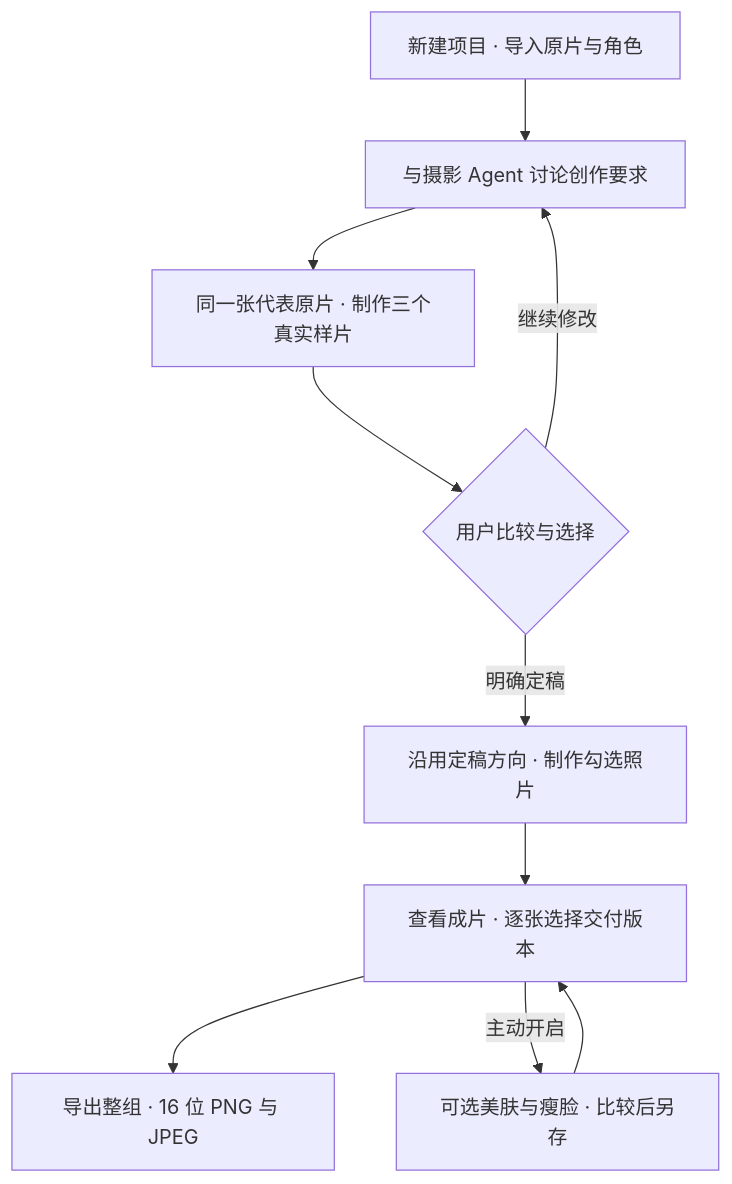
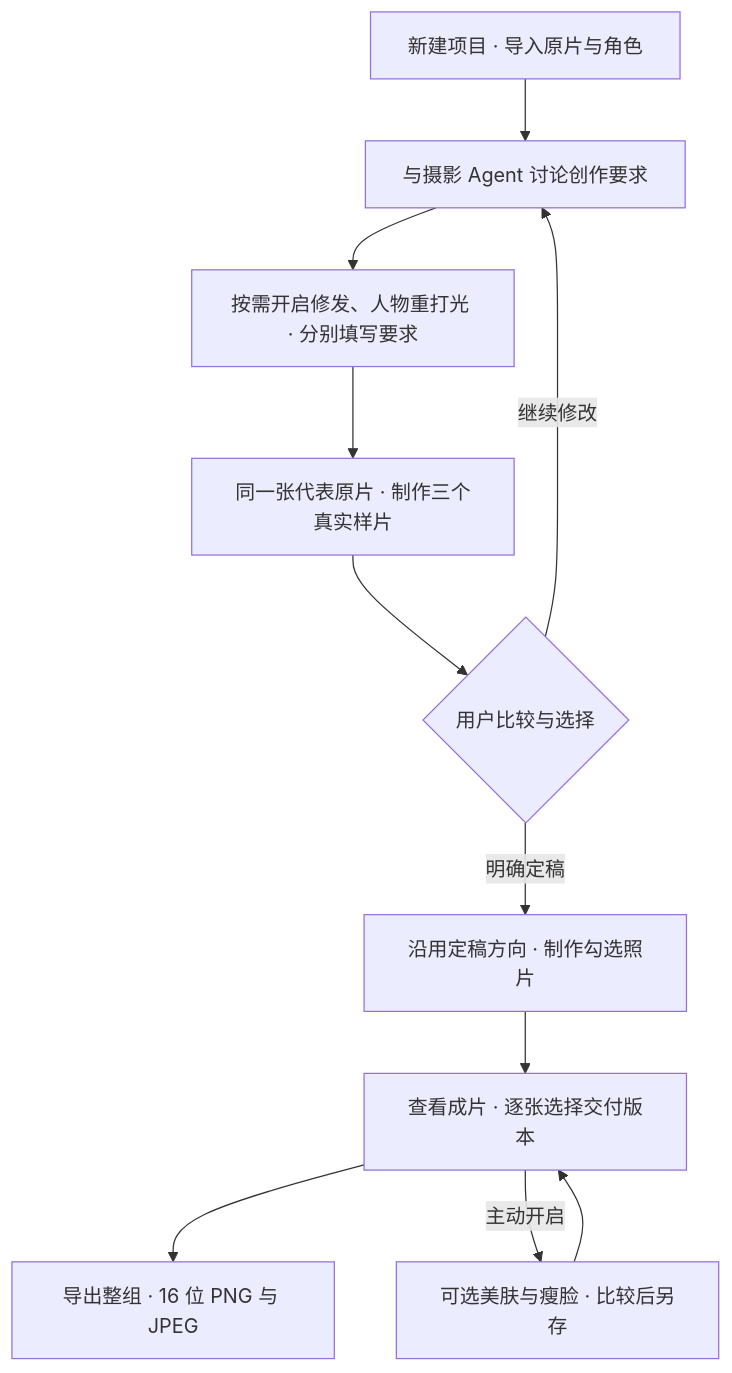
The diagram in README.md (Magnus0100/cosluma), drawn with Mermaid before and after one commit. The commit also changed other lines of this file and 11 other files, not shown here.

````diff
--- a/README.md
+++ b/README.md
@@ -9,12 +9,13 @@
 ```mermaid
 flowchart TD
     A[新建项目 · 导入原片与角色] --> B[与摄影 Agent 讨论创作要求]
-    B --> C[同一张代表原片 · 制作三个真实样片]
+    B --> I[按需开启修发、人物重打光 · 分别填写要求]
+    I --> C[同一张代表原片 · 制作三个真实样片]
     C --> D{用户比较与选择}
     D -->|继续修改| B
     D -->|明确定稿| E[沿用定稿方向 · 制作勾选照片]
     E --> F[查看成片 · 逐张选择交付版本]
     F --> G[导出整组 · 16 位 PNG 与 JPEG]
     F -->|主动开启| H[可选美肤与瘦脸 · 比较后另存]
     H --> F
 ```
````
